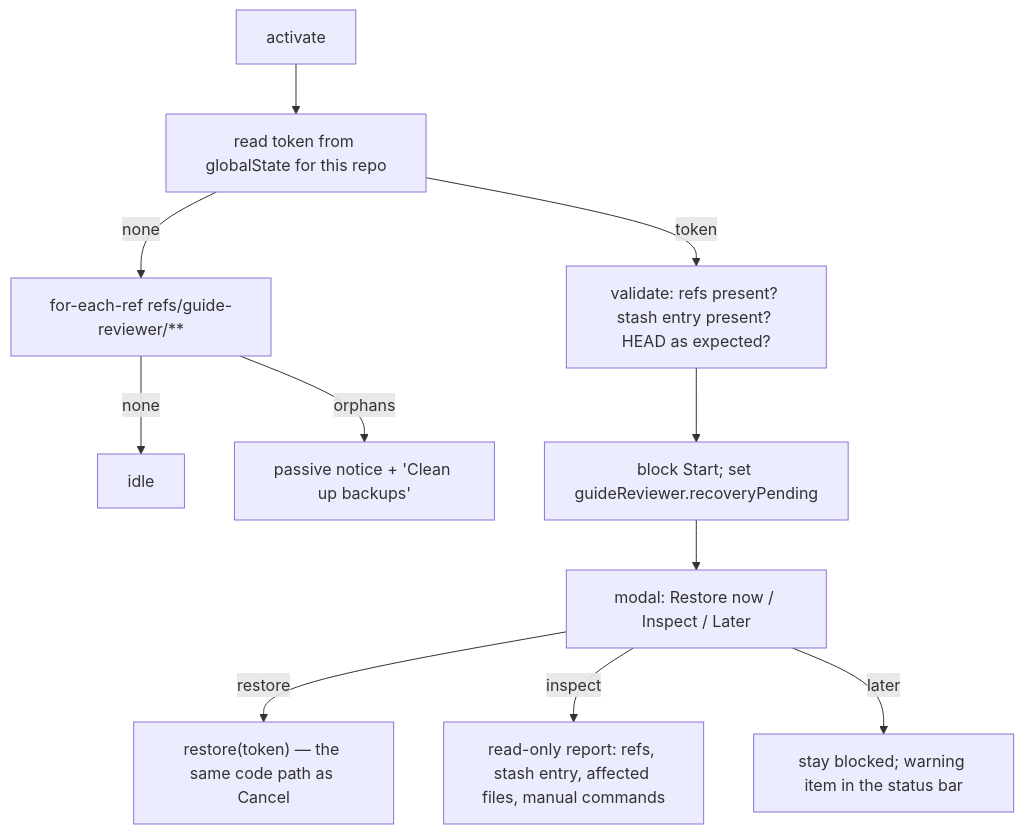
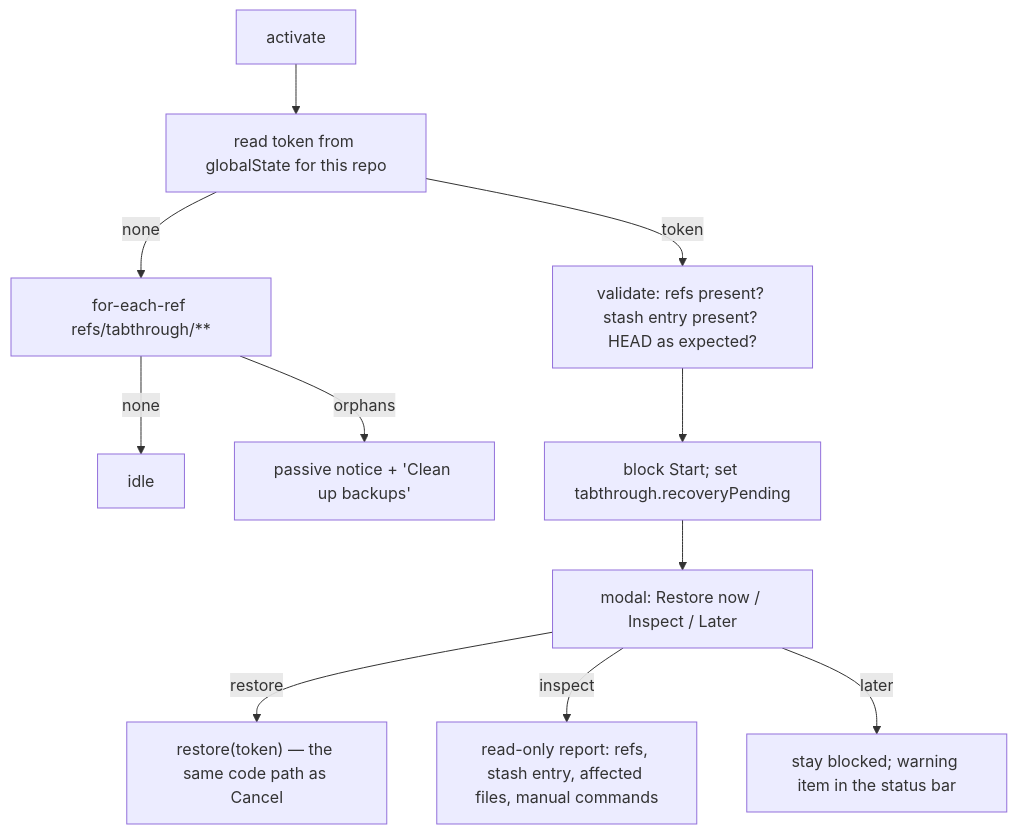
Before and after one commit to artalar/review-guider: the seventh of 7 diagrams in work-docs/architecture/overview.md, drawn with Mermaid. The commit also changed other lines of this file and 44 other files, not shown here.

````diff
--- a/work-docs/architecture/overview.md
+++ b/work-docs/architecture/overview.md
@@ -517,13 +517,13 @@
 ```mermaid
 flowchart TD
   A[activate] --> B["read token from globalState for this repo"]
-  B -->|none| C["for-each-ref refs/guide-reviewer/**"]
+  B -->|none| C["for-each-ref refs/tabthrough/**"]
   C -->|none| D["idle"]
   C -->|orphans| E["passive notice + 'Clean up backups'"]
   B -->|token| F["validate: refs present? stash entry present? HEAD as expected?"]
-  F --> G["block Start; set guideReviewer.recoveryPending"]
+  F --> G["block Start; set tabthrough.recoveryPending"]
   G --> H["modal: Restore now / Inspect / Later"]
   H -->|restore| I["restore(token) — the same code path as Cancel"]
   H -->|inspect| J["read-only report: refs, stash entry, affected files, manual commands"]
   H -->|later| K["stay blocked; warning item in the status bar"]
 ```
````
